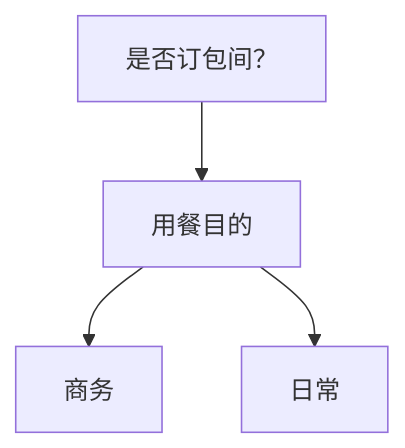
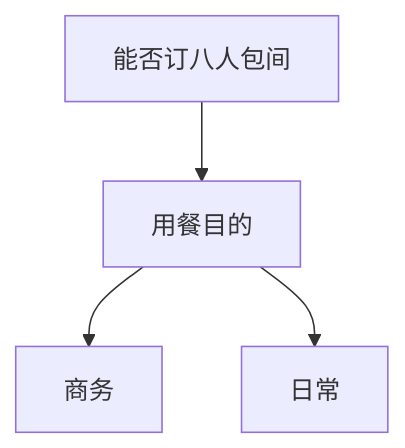
One commit to LiShuai1025/markdown changed the diagram in decision.md. Above: the diagram before and after it, drawn with Mermaid.

````diff
--- a/decision.md
+++ b/decision.md
@@ -1,7 +1,7 @@
 ```mermaid
 flowchart TD
-    A[是否订包间？]
+    A[能否订八人包间]
     A --> B[用餐目的]
     B --> C[商务]
     B --> D[日常]
 ```
````
